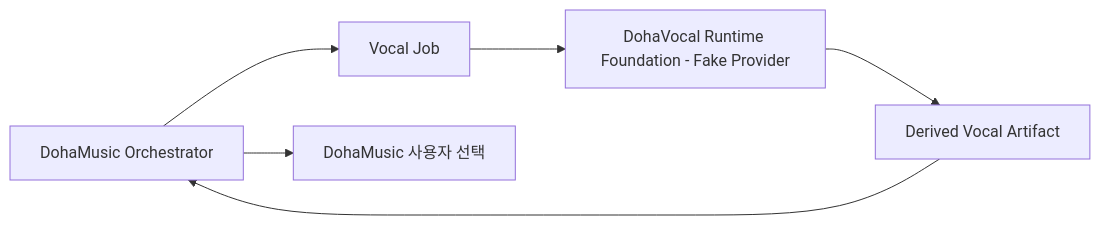
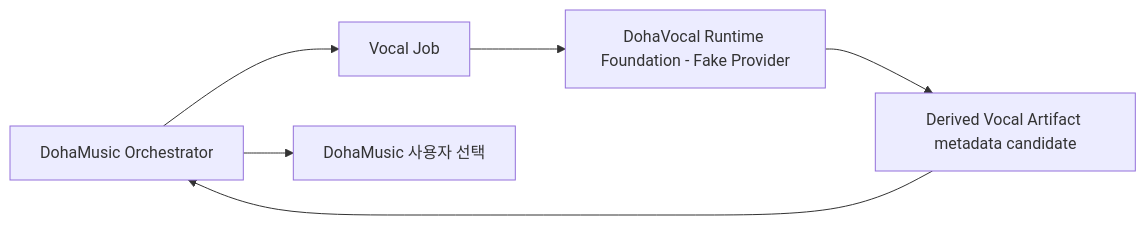
One commit to DohaStudio/DohaVocal changed the diagram in README.md. Above: the diagram before and after it, drawn with Mermaid. The commit also changed other lines of this file and 20 other files, not shown here.

````diff
--- a/README.md
+++ b/README.md
@@ -35,10 +35,10 @@
 ```mermaid
 flowchart LR
     DM[DohaMusic Orchestrator]
     JOB[Vocal Job]
     DV[DohaVocal Runtime Foundation - Fake Provider]
-    OUT[Derived Vocal Artifact]
+    OUT[Derived Vocal Artifact metadata candidate]
     CHOICE[DohaMusic 사용자 선택]
 
     DM --> JOB --> DV --> OUT --> DM --> CHOICE
 ```
````
